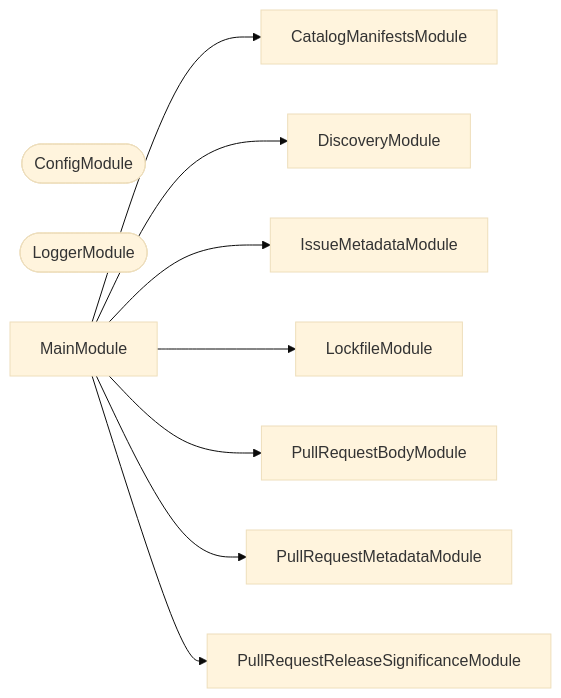
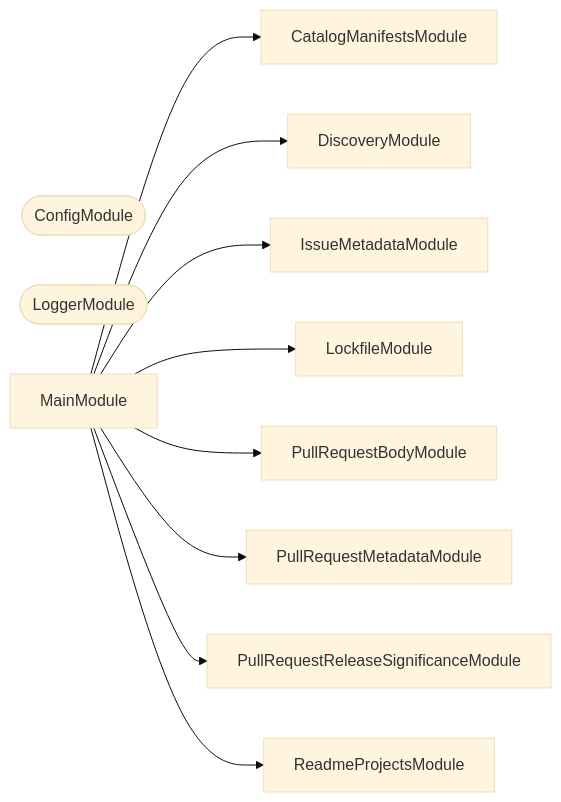
One commit to JimmyPaolini/codebase changed the second of 3 diagrams in tools/validation/README.md. Above: the diagram before and after it, drawn with Mermaid (base theme). The commit also changed other lines of this file and 38 other files, not shown here.

````diff
--- a/tools/validation/README.md
+++ b/tools/validation/README.md
@@ -354,20 +366,22 @@
 ```mermaid
 flowchart LR
   CatalogManifestsModule
   ConfigModule([ConfigModule])
   DiscoveryModule
   IssueMetadataModule
   LockfileModule
   LoggerModule([LoggerModule])
   MainModule
   PullRequestBodyModule
   PullRequestMetadataModule
   PullRequestReleaseSignificanceModule
+  ReadmeProjectsModule
   MainModule --> CatalogManifestsModule
   MainModule --> DiscoveryModule
   MainModule --> IssueMetadataModule
   MainModule --> LockfileModule
   MainModule --> PullRequestBodyModule
   MainModule --> PullRequestMetadataModule
   MainModule --> PullRequestReleaseSignificanceModule
+  MainModule --> ReadmeProjectsModule
 ```
````
